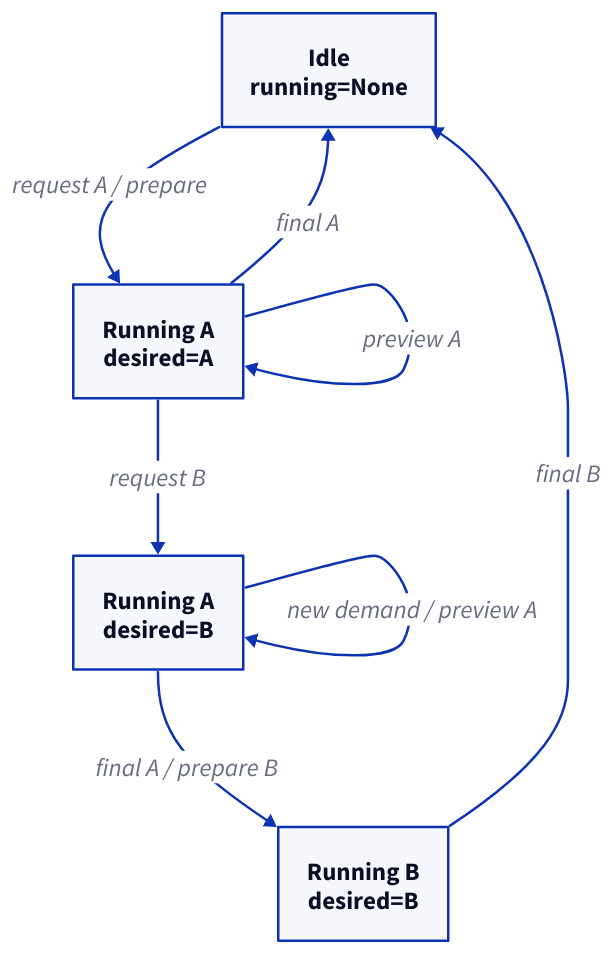
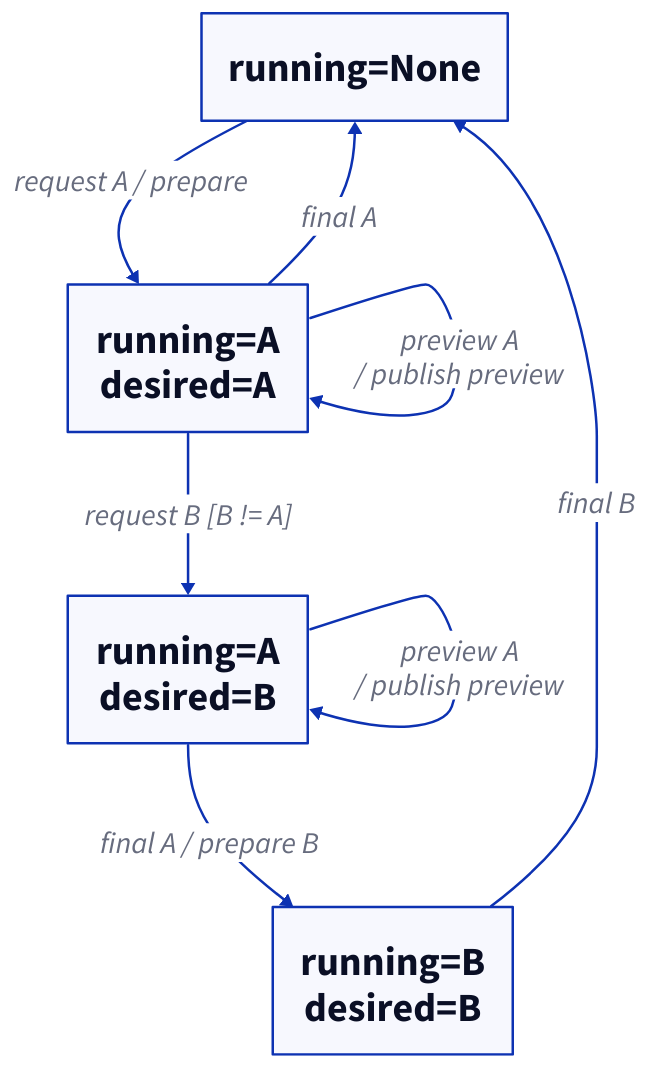
The diagram in products/perceptual-grade-book/docs/book/diagrams/01-preparation.d2 (rei277hz/chromaticity), drawn with D2 before and after one commit. The commit also changed 266 other files, not shown here.

```diff
--- a/products/perceptual-grade-book/docs/book/diagrams/01-preparation.d2
+++ b/products/perceptual-grade-book/docs/book/diagrams/01-preparation.d2
@@ -1,16 +1,16 @@
 direction: down
 
-idle: "Idle\nrunning=None"
-active: "Running A\ndesired=A"
-queued: "Running A\ndesired=B"
-next: "Running B\ndesired=B"
+idle: "running=None"
+active: "running=A\ndesired=A"
+queued: "running=A\ndesired=B"
+next: "running=B\ndesired=B"
 idle -> active: "request A / prepare"
 active -> idle: "final A"
-active -> active: "preview A"
-active -> queued: "request B"
-queued -> queued: "new demand / preview A"
+active -> active: "preview A\n/ publish preview"
+active -> queued: "request B [B != A]"
+queued -> queued: "preview A\n/ publish preview"
 queued -> next: "final A / prepare B"
 next -> idle: "final B"
 
-**.style.font-size: 20
-(** -> **)[*].style.font-size: 20
+**.style.font-size: 32
+(** -> **)[*].style.font-size: 24
```
